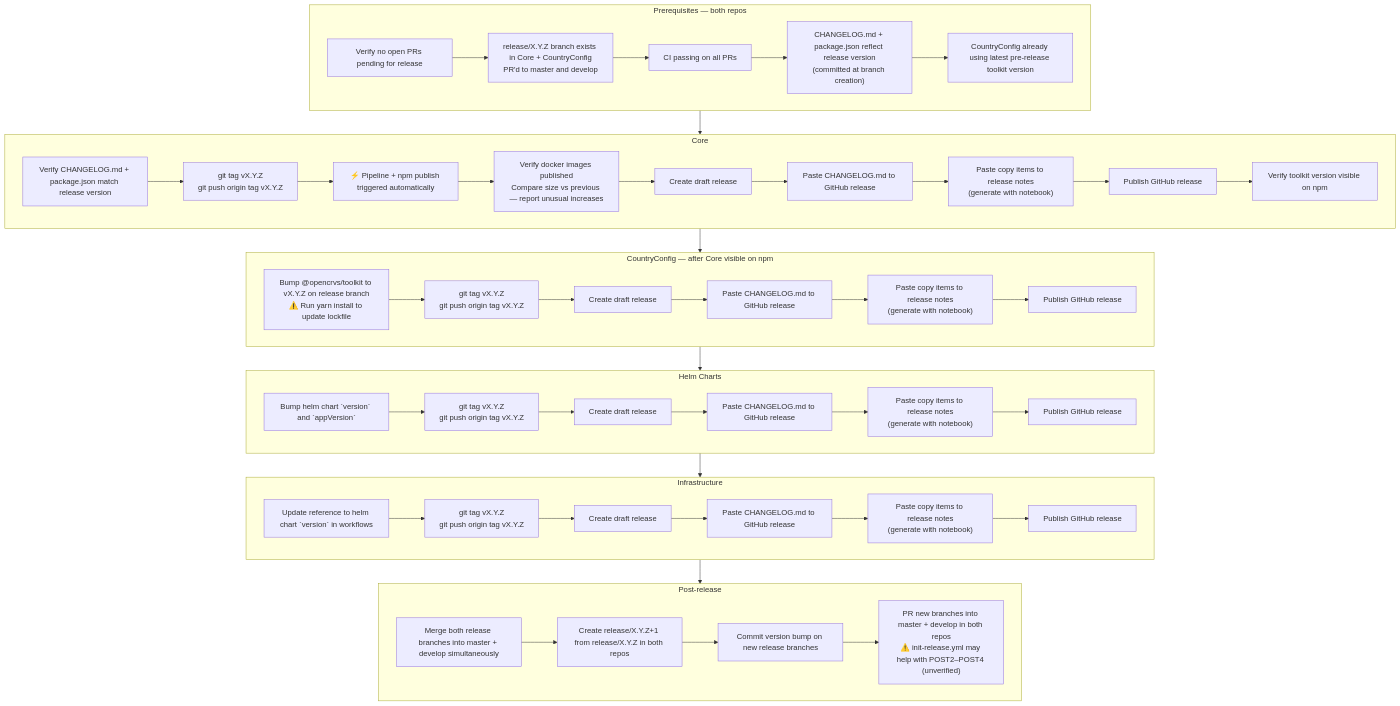
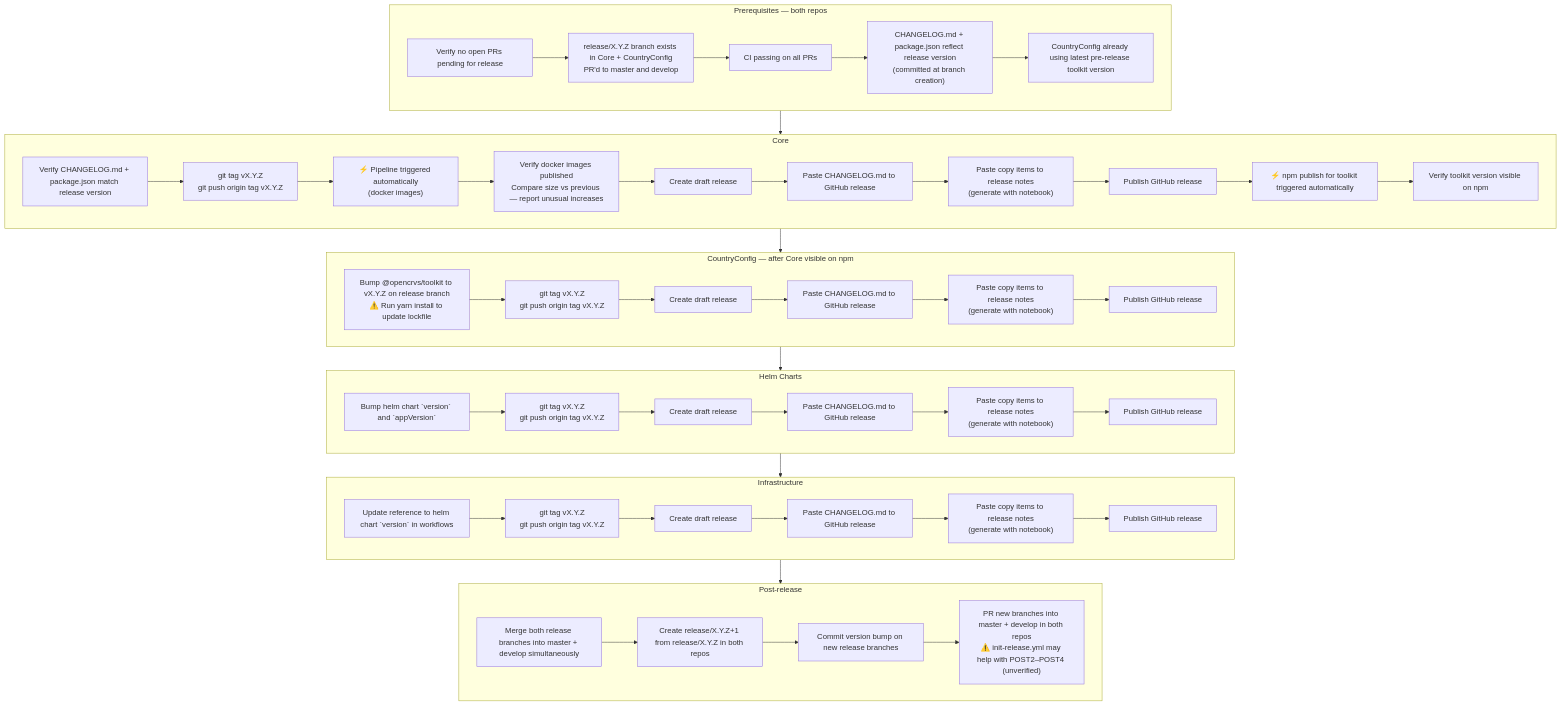
One commit to opencrvs/opencrvs-core changed the diagram in release-steps.md. Above: the diagram before and after it, drawn with Mermaid.

Commit message:
fix: put npm trigger after release publish

````diff
--- a/release-steps.md
+++ b/release-steps.md
@@ -3,68 +3,69 @@
 ```mermaid
 flowchart TD
     subgraph PRE["Prerequisites — both repos"]
         P1[Verify no open PRs pending for release]
         P2["release/X.Y.Z branch exists in Core + CountryConfig\nPR'd to master and develop"]
         P3[CI passing on all PRs]
         P4["CHANGELOG.md + package.json reflect release version\n(committed at branch creation)"]
         P5[CountryConfig already using latest pre-release toolkit version]
         P1 --> P2 --> P3 --> P4 --> P5
     end
 
     subgraph CORE["Core"]
         C1["Verify CHANGELOG.md + package.json match release version"]
         C2["git tag vX.Y.Z\ngit push origin tag vX.Y.Z"]
-        C3["⚡ Pipeline + npm publish triggered automatically"]
+        C3["⚡ Pipeline triggered automatically\n(docker images)"]
         C4["Verify docker images published\nCompare size vs previous — report unusual increases"]
         C5[Create draft release]
         C6[Paste CHANGELOG.md to GitHub release]
         C7["Paste copy items to release notes\n(generate with notebook)"]
         C8[Publish GitHub release]
-        C9[Verify toolkit version visible on npm]
-        C1 --> C2 --> C3 --> C4 --> C5 --> C6 --> C7 --> C8 --> C9
+        C9["⚡ npm publish for toolkit triggered automatically"]
+        C10[Verify toolkit version visible on npm]
+        C1 --> C2 --> C3 --> C4 --> C5 --> C6 --> C7 --> C8 --> C9 --> C10
     end
 
     subgraph CC["CountryConfig — after Core visible on npm"]
         CC1["Bump @opencrvs/toolkit to vX.Y.Z on release branch\n⚠️ Run yarn install to update lockfile"]
         CC2["git tag vX.Y.Z\ngit push origin tag vX.Y.Z"]
         CC3[Create draft release]
         CC4[Paste CHANGELOG.md to GitHub release]
         CC5["Paste copy items to release notes\n(generate with notebook)"]
         CC6[Publish GitHub release]
         CC1 --> CC2 --> CC3 --> CC4 --> CC5 --> CC6
     end
 
     subgraph HC["Helm Charts"]
         HC1["Bump helm chart `version` and `appVersion`"]
         HC2["git tag vX.Y.Z\ngit push origin tag vX.Y.Z"]
         HC3[Create draft release]
         HC4[Paste CHANGELOG.md to GitHub release]
         HC5["Paste copy items to release notes\n(generate with notebook)"]
         HC6[Publish GitHub release]
         HC1 --> HC2 --> HC3 --> HC4 --> HC5 --> HC6
     end
 
     subgraph IF["Infrastructure"]
         IF1["Update reference to helm chart `version` in workflows"]
         IF2["git tag vX.Y.Z\ngit push origin tag vX.Y.Z"]
         IF3[Create draft release]
         IF4[Paste CHANGELOG.md to GitHub release]
         IF5["Paste copy items to release notes\n(generate with notebook)"]
         IF6[Publish GitHub release]
         IF1 --> IF2 --> IF3 --> IF4 --> IF5 --> IF6
     end
 
     subgraph POST["Post-release"]
         POST1[Merge both release branches into master + develop simultaneously]
         POST2["Create release/X.Y.Z+1 from release/X.Y.Z in both repos"]
         POST3["Commit version bump on new release branches"]
         POST4["PR new branches into master + develop in both repos\n⚠️ init-release.yml may help with POST2–POST4 (unverified)"]
         POST1 --> POST2 --> POST3 --> POST4
     end
 
     PRE --> CORE
     CORE --> CC
     CC --> HC
     HC --> IF
     IF --> POST
 ```
````
